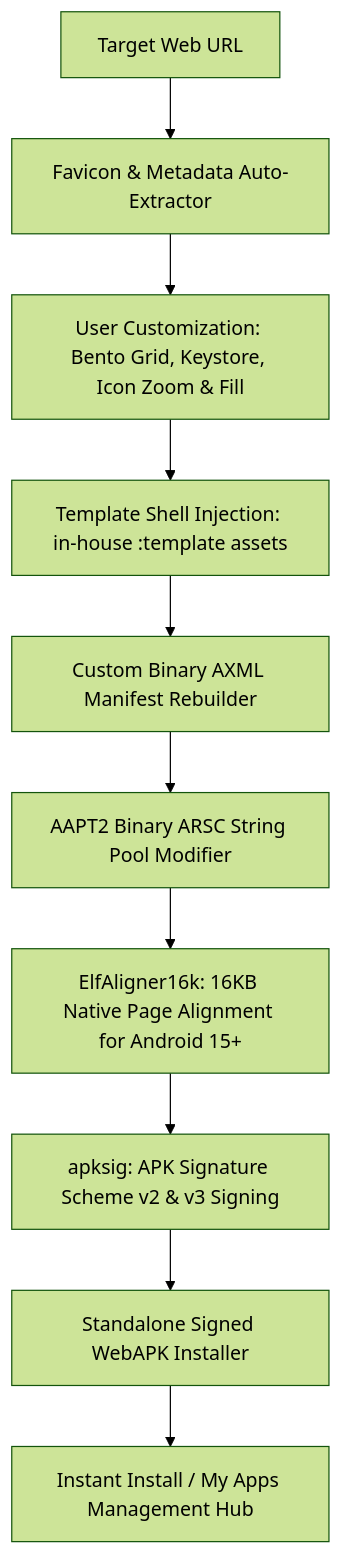
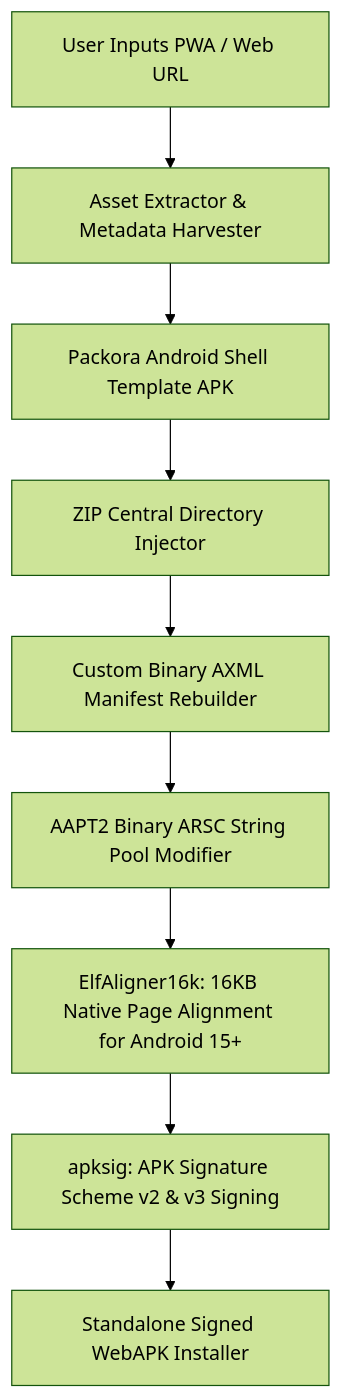
Before and after one commit to Maheswara660/Packora: the diagram in README.md, drawn with Mermaid (forest theme). The commit also changed other lines of this file and 334 other files, not shown here.

Commit message:
feat(v4.0.0): automated background updates, 4 install modes, markdown release notes, icon palette extraction & UI polish

````diff
--- a/README.md
+++ b/README.md
@@ -65,12 +84,11 @@
 ```mermaid
-flowchart TD
-    A[Target Web URL] --> B[Favicon & Metadata Auto-Extractor]
-    B --> C[User Customization: Bento Grid, Keystore, Icon Zoom & Fill]
-    C --> D[Template Shell Injection: in-house :template assets]
+graph TD
+    A[User Inputs PWA / Web URL] --> B[Asset Extractor & Metadata Harvester]
+    B --> C[Packora Android Shell Template APK]
+    C --> D[ZIP Central Directory Injector]
     D --> E[Custom Binary AXML Manifest Rebuilder]
     E --> F[AAPT2 Binary ARSC String Pool Modifier]
     F --> G[ElfAligner16k: 16KB Native Page Alignment for Android 15+]
     G --> H[apksig: APK Signature Scheme v2 & v3 Signing]
     H --> I[Standalone Signed WebAPK Installer]
-    I --> J[Instant Install / My Apps Management Hub]
 ```
````
